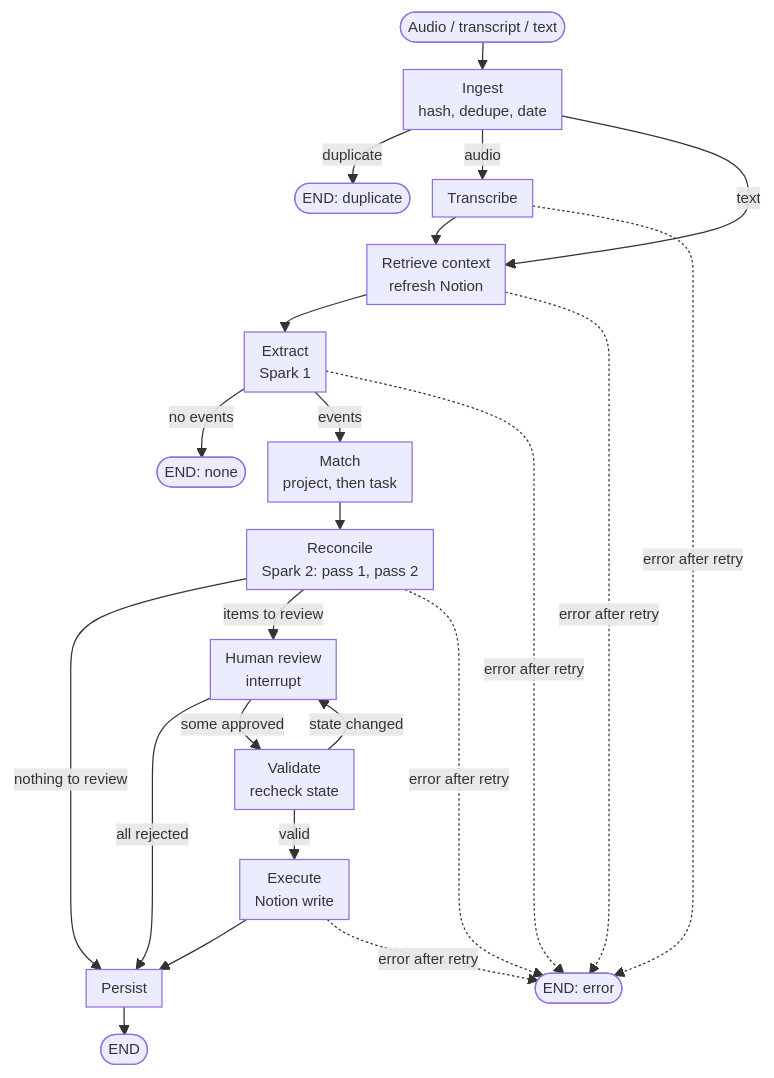
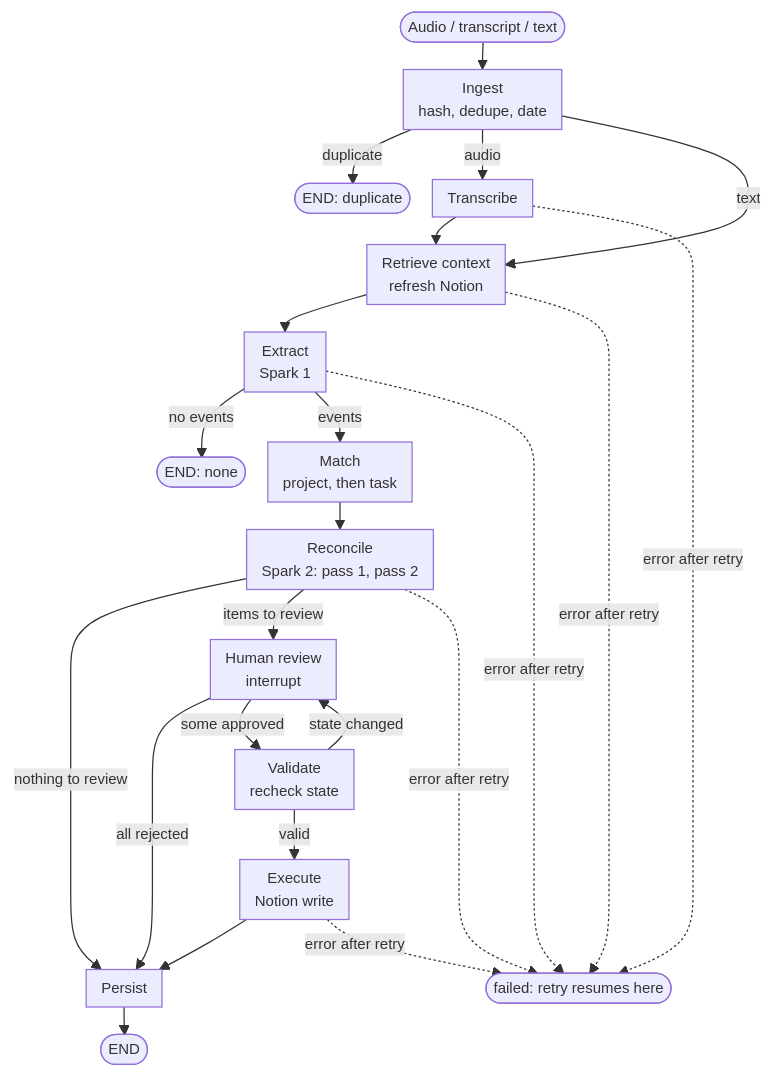
Before and after one commit to tanakandove/meta_ai_global_hackathon_dareguru: the diagram in docs/graph-design.md, drawn with Mermaid. The commit also changed other lines of this file and 14 other files, not shown here.

````diff
--- a/docs/graph-design.md
+++ b/docs/graph-design.md
@@ -9,29 +9,29 @@
 ```mermaid
 %%{init: {"themeVariables": {"fontSize": "12px"}, "flowchart": {"nodeSpacing": 18, "rankSpacing": 22, "padding": 6, "diagramPadding": 4}}}%%
 flowchart TD
     input(["Audio / transcript / text"]) --> ingest["Ingest<br/>hash, dedupe, date"]
 
     ingest -->|duplicate| end1(["END: duplicate"])
     ingest -->|audio| transcribe["Transcribe"]
     ingest -->|text| context
     transcribe --> context["Retrieve context<br/>refresh Notion"]
 
     context --> extract["Extract<br/>Spark 1"]
     extract -->|no events| end2(["END: none"])
     extract -->|events| match["Match<br/>project, then task"]
 
     match --> reconcile["Reconcile<br/>Spark 2: pass 1, pass 2"]
     reconcile -->|nothing to review| persist
     reconcile -->|items to review| review["Human review<br/>interrupt"]
 
     review -->|all rejected| persist
     review -->|some approved| validate["Validate<br/>recheck state"]
 
     validate -->|valid| execute["Execute<br/>Notion write"]
     validate -->|state changed| review
 
     execute --> persist["Persist"]
     persist --> end3(["END"])
 
-    transcribe & context & extract & reconcile & execute -.->|error after retry| fail(["END: error"])
+    transcribe & context & extract & reconcile & execute -.->|error after retry| fail(["failed: retry resumes here"])
 ```
````
